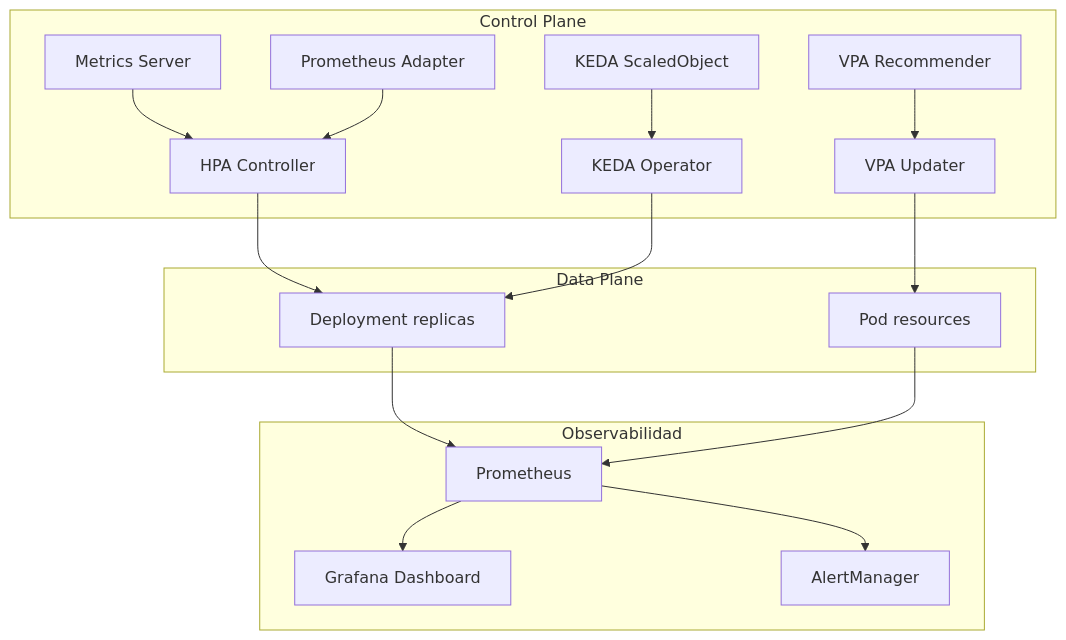
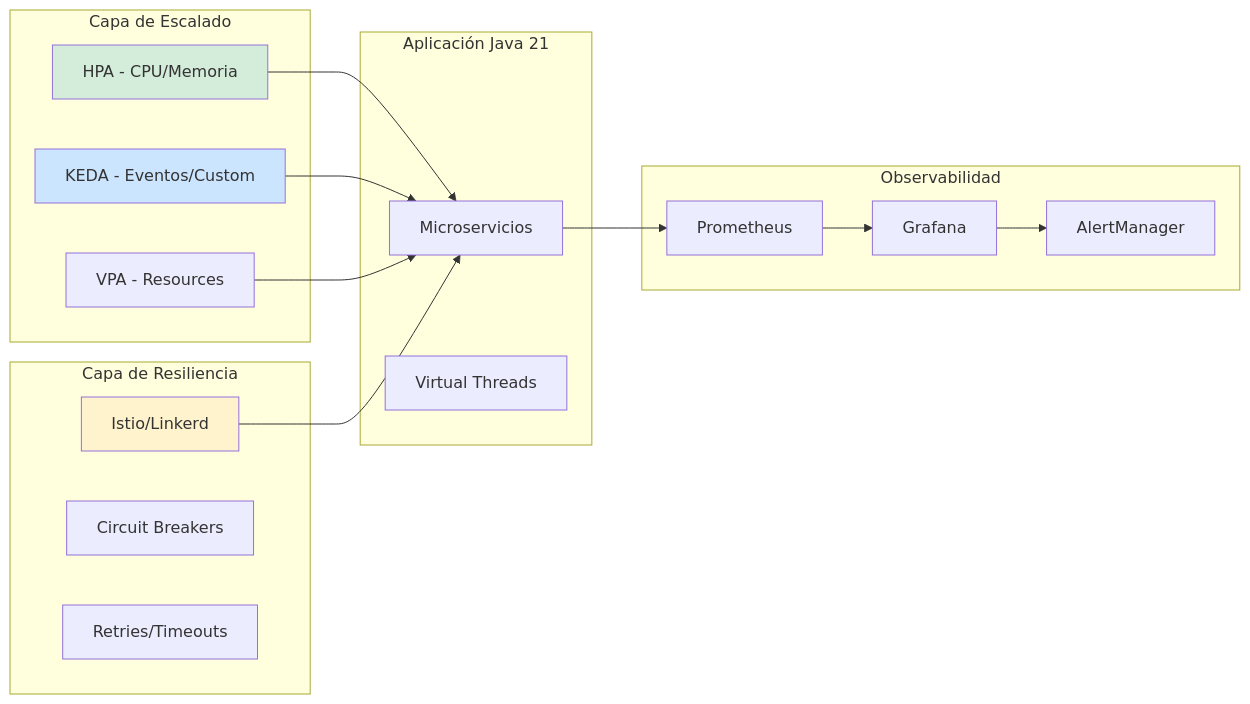
One commit to Joaquinriosheredia/DAM-Java-Mastery changed the second of 4 diagrams in 05_SRE_DevOps/kubernetes_auto-escalado_service_mesh_2026_STAFF.md. Above: the diagram before and after it, drawn with Mermaid. The commit also changed other lines of this file, not shown here.

Commit message:
kubernetes_auto-escalado_service_mesh_2026_STAFF.md

````diff
--- a/05_SRE_DevOps/kubernetes_auto-escalado_service_mesh_2026_STAFF.md
+++ b/05_SRE_DevOps/kubernetes_auto-escalado_service_mesh_2026_STAFF.md
@@ -69,20 +186,37 @@
 ```mermaid
-graph TD
-    subgraph Control Plane
-        A[Metrics Server] --> B[HPA Controller]
-        C[Prometheus Adapter] --> B
-        D[KEDA ScaledObject] --> E[KEDA Operator]
-        F[VPA Recommender] --> G[VPA Updater]
+graph LR
+    subgraph "Capa de Escalado"
+        HPA[HPA - CPU/Memoria]
+        KEDA[KEDA - Eventos/Custom]
+        VPA[VPA - Resources]
     end
-    subgraph Data Plane
-        B --> H[Deployment replicas]
-        E --> H
-        G --> I[Pod resources]
+    
+    subgraph "Capa de Resiliencia"
+        ISTIO[Istio/Linkerd]
+        CB[Circuit Breakers]
+        RET[Retries/Timeouts]
     end
-    subgraph Observabilidad
-        H --> J[Prometheus]
-        I --> J
-        J --> K[Grafana Dashboard]
-        J --> L[AlertManager]
+    
+    subgraph "Aplicación Java 21"
+        APP[Microservicios]
+        VT[Virtual Threads]
     end
+    
+    subgraph "Observabilidad"
+        PROM[Prometheus]
+        GRAF[Grafana]
+        ALERT[AlertManager]
+    end
+    
+    HPA --> APP
+    KEDA --> APP
+    VPA --> APP
+    ISTIO --> APP
+    APP --> PROM
+    PROM --> GRAF
+    GRAF --> ALERT
+    
+    style HPA fill:#d4edda
+    style KEDA fill:#cce5ff
+    style ISTIO fill:#fff3cd
 ```
````
